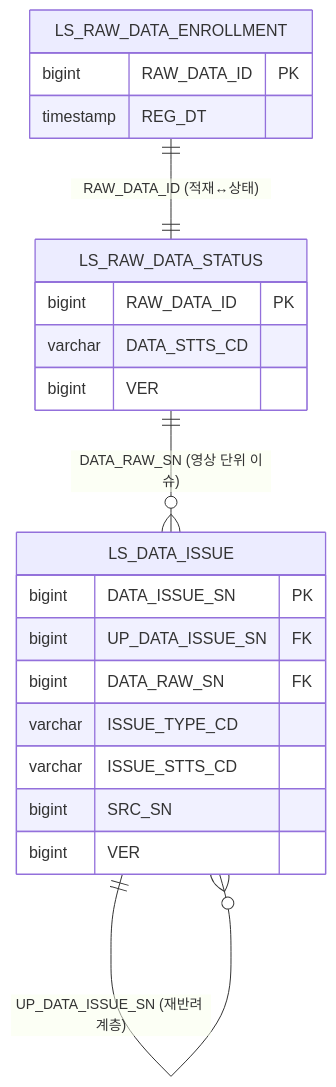
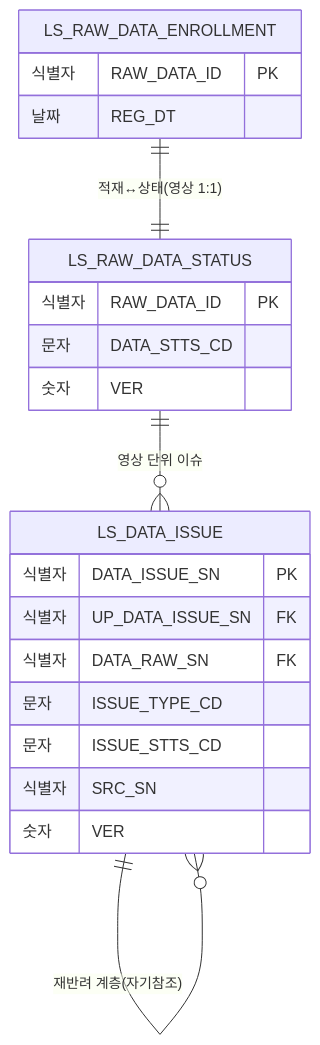
One commit to New-stella/klid-label changed the fifth of 13 diagrams in docs/design/D8-엔티티관계모형설계서.md. Above: the diagram before and after it, drawn with Mermaid. The commit also changed other lines of this file and 32 other files, not shown here.

````diff
--- a/docs/design/D8-엔티티관계모형설계서.md
+++ b/docs/design/D8-엔티티관계모형설계서.md
@@ -193,24 +201,24 @@
 ```mermaid
 erDiagram
-    LS_RAW_DATA_ENROLLMENT ||--|| LS_RAW_DATA_STATUS : "RAW_DATA_ID (적재↔상태)"
-    LS_RAW_DATA_STATUS ||--o{ LS_DATA_ISSUE : "DATA_RAW_SN (영상 단위 이슈)"
-    LS_DATA_ISSUE ||--o{ LS_DATA_ISSUE : "UP_DATA_ISSUE_SN (재반려 계층)"
+    LS_RAW_DATA_ENROLLMENT ||--|| LS_RAW_DATA_STATUS : "적재↔상태(영상 1:1)"
+    LS_RAW_DATA_STATUS ||--o{ LS_DATA_ISSUE : "영상 단위 이슈"
+    LS_DATA_ISSUE ||--o{ LS_DATA_ISSUE : "재반려 계층(자기참조)"
     LS_RAW_DATA_ENROLLMENT {
-        bigint RAW_DATA_ID PK
-        timestamp REG_DT
+        식별자 RAW_DATA_ID PK
+        날짜 REG_DT
     }
     LS_RAW_DATA_STATUS {
-        bigint RAW_DATA_ID PK
-        varchar DATA_STTS_CD
-        bigint VER
+        식별자 RAW_DATA_ID PK
+        문자 DATA_STTS_CD
+        숫자 VER
     }
     LS_DATA_ISSUE {
-        bigint DATA_ISSUE_SN PK
-        bigint UP_DATA_ISSUE_SN FK
-        bigint DATA_RAW_SN FK
-        varchar ISSUE_TYPE_CD
-        varchar ISSUE_STTS_CD
-        bigint SRC_SN
-        bigint VER
+        식별자 DATA_ISSUE_SN PK
+        식별자 UP_DATA_ISSUE_SN FK
+        식별자 DATA_RAW_SN FK
+        문자 ISSUE_TYPE_CD
+        문자 ISSUE_STTS_CD
+        식별자 SRC_SN
+        숫자 VER
     }
 ```
````
